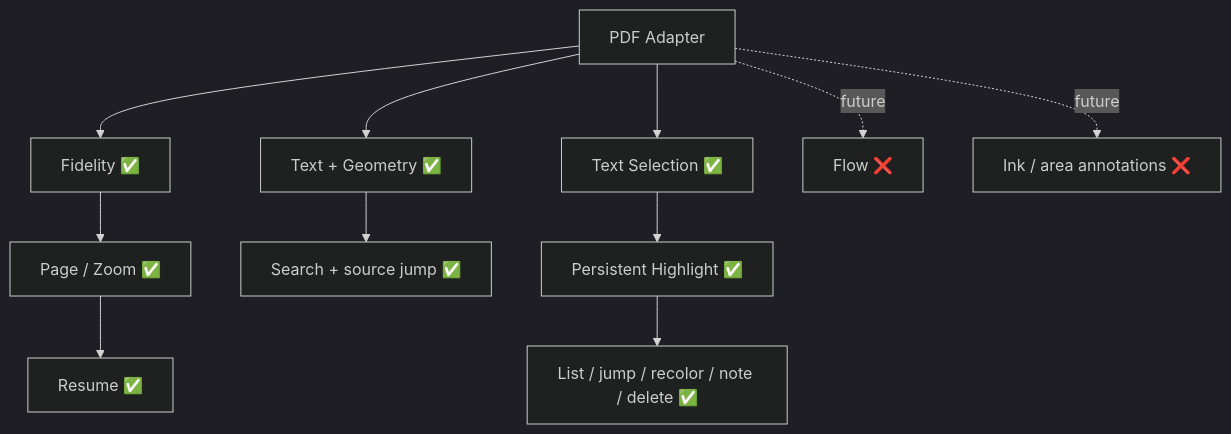
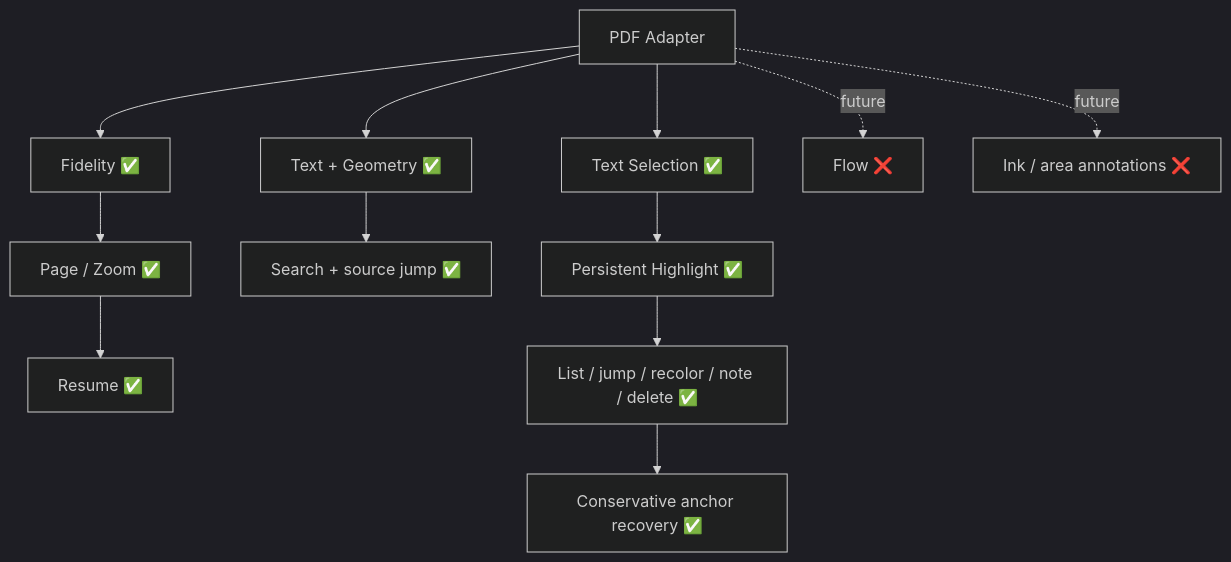
One commit to aaditya140103/kola changed the tenth of 15 diagrams in docs/PROJECT_GRAPH.md. Above: the diagram before and after it, drawn with Mermaid (dark theme). The commit also changed other lines of this file, not shown here.

Commit message:
Document conservative anchor recovery flow

````diff
--- a/docs/PROJECT_GRAPH.md
+++ b/docs/PROJECT_GRAPH.md
@@ -154,20 +182,21 @@
 ```mermaid
 flowchart TD
     PDF[PDF Adapter]
     Fidelity[Fidelity ✅]
     Nav[Page / Zoom ✅]
     Resume[Resume ✅]
     Extract[Text + Geometry ✅]
     Search[Search + source jump ✅]
     Select[Text Selection ✅]
     Highlight[Persistent Highlight ✅]
     Manage[List / jump / recolor / note / delete ✅]
+    Recover[Conservative anchor recovery ✅]
     Flow[Flow ❌]
     Ink[Ink / area annotations ❌]
 
     PDF --> Fidelity --> Nav --> Resume
     PDF --> Extract --> Search
-    PDF --> Select --> Highlight --> Manage
+    PDF --> Select --> Highlight --> Manage --> Recover
     PDF -. future .-> Flow
     PDF -. future .-> Ink
 ```
````
